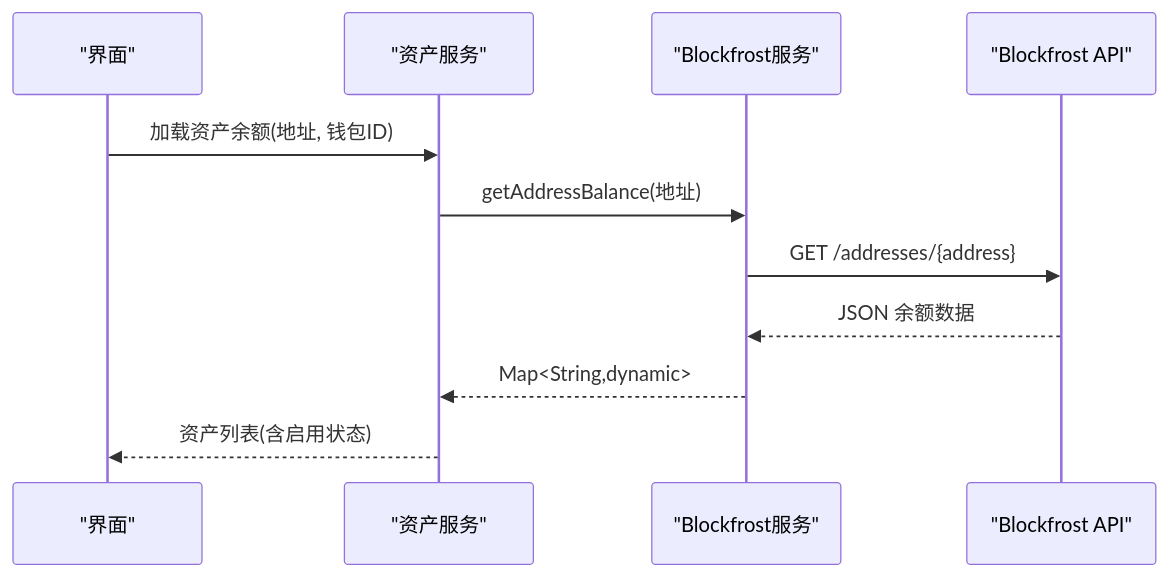
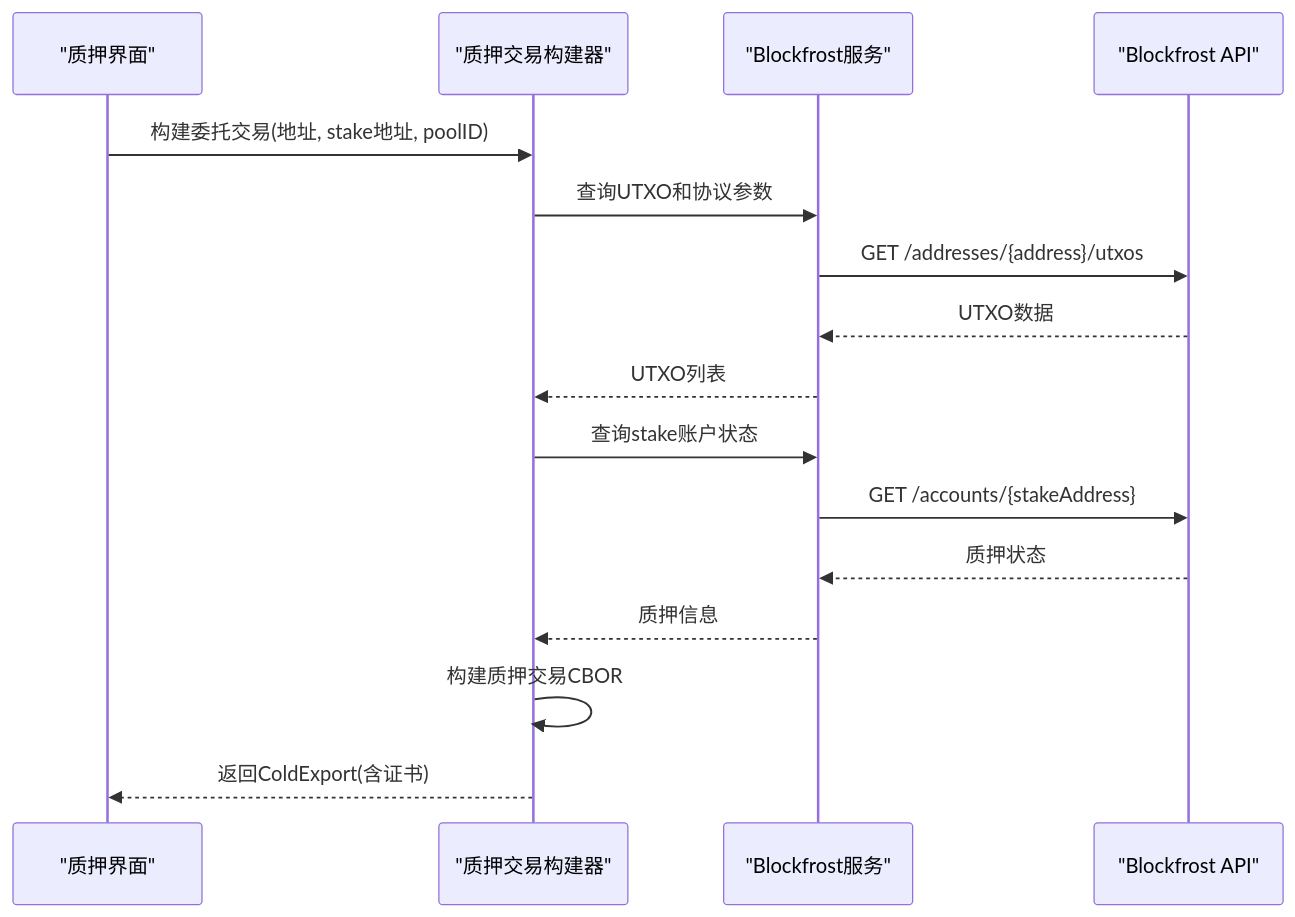
Before and after one commit to EqualToEthan/stasis: the second of 6 diagrams in .qoder/repowiki/zh/content/核心服务/区块链交互服务.md, drawn with Mermaid. The commit also changed other lines of this file and 60 other files, not shown here.

````diff
--- a/.qoder/repowiki/zh/content/核心服务/区块链交互服务.md
+++ b/.qoder/repowiki/zh/content/核心服务/区块链交互服务.md
@@ -90,13 +114,18 @@
 ```mermaid
 sequenceDiagram
-participant UI as "界面"
-participant AS as "资产服务"
+participant UI as "质押界面"
+participant STB as "质押交易构建器"
 participant BS as "Blockfrost服务"
 participant API as "Blockfrost API"
-UI->>AS : 加载资产余额(地址, 钱包ID)
-AS->>BS : getAddressBalance(地址)
-BS->>API : GET /addresses/{address}
-API-->>BS : JSON 余额数据
-BS-->>AS : Map<String,dynamic>
-AS-->>UI : 资产列表(含启用状态)
+UI->>STB : 构建委托交易(地址, stake地址, poolID)
+STB->>BS : 查询UTXO和协议参数
+BS->>API : GET /addresses/{address}/utxos
+API-->>BS : UTXO数据
+BS-->>STB : UTXO列表
+STB->>BS : 查询stake账户状态
+BS->>API : GET /accounts/{stakeAddress}
+API-->>BS : 质押状态
+BS-->>STB : 质押信息
+STB->>STB : 构建质押交易CBOR
+STB-->>UI : 返回ColdExport(含证书)
 ```
````
